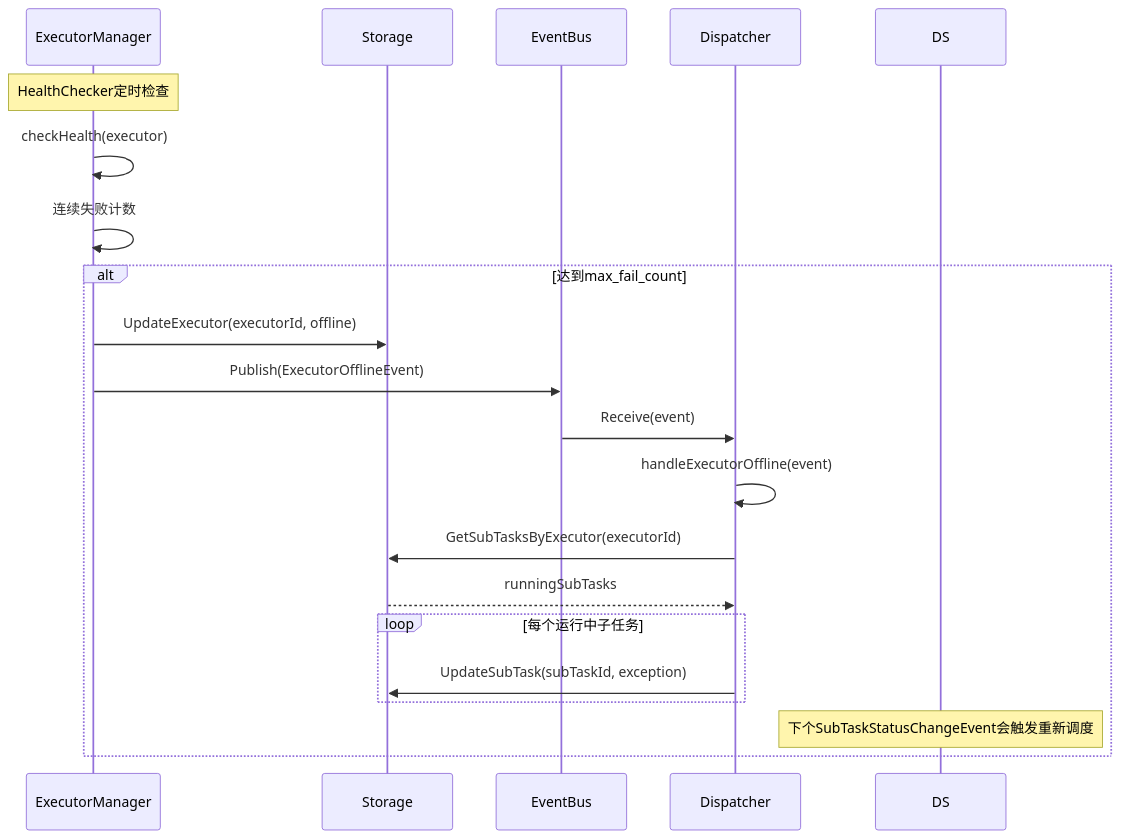
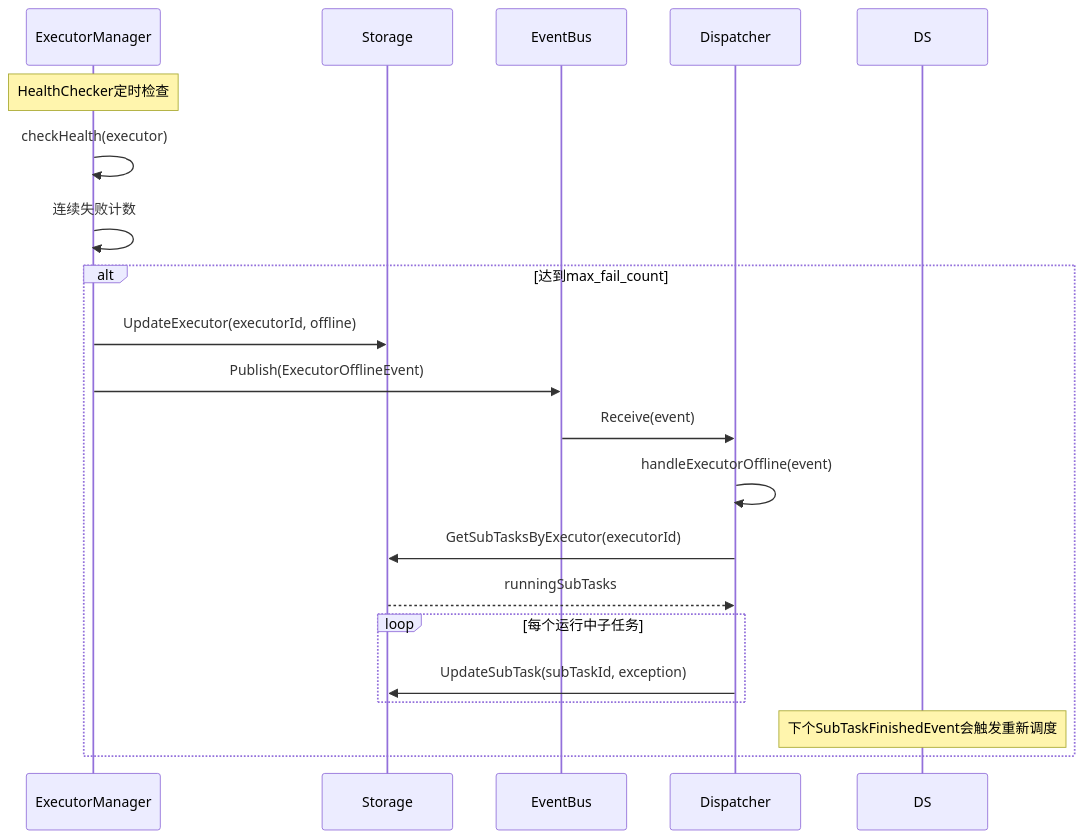
Before and after one commit to njuxumq/agent-eval-server: the sixth of 6 diagrams in docs/designs/模块设计文档.md, drawn with Mermaid. The commit also changed other lines of this file and 12 other files, not shown here.

````diff
--- a/docs/designs/模块设计文档.md
+++ b/docs/designs/模块设计文档.md
@@ -915,25 +1128,25 @@
 ```mermaid
 sequenceDiagram
     participant EM as ExecutorManager
     participant Storage as Storage
     participant EB as EventBus
     participant DP as Dispatcher
 
     Note over EM: HealthChecker定时检查
 
     EM->>EM: checkHealth(executor)
     EM->>EM: 连续失败计数
 
     alt 达到max_fail_count
         EM->>Storage: UpdateExecutor(executorId, offline)
         EM->>EB: Publish(ExecutorOfflineEvent)
         EB->>DP: Receive(event)
         DP->>DP: handleExecutorOffline(event)
         DP->>Storage: GetSubTasksByExecutor(executorId)
         Storage-->>DP: runningSubTasks
         loop 每个运行中子任务
             DP->>Storage: UpdateSubTask(subTaskId, exception)
         end
-        Note over DS: 下个SubTaskStatusChangeEvent会触发重新调度
+        Note over DS: 下个SubTaskFinishedEvent会触发重新调度
     end
 ```
````
